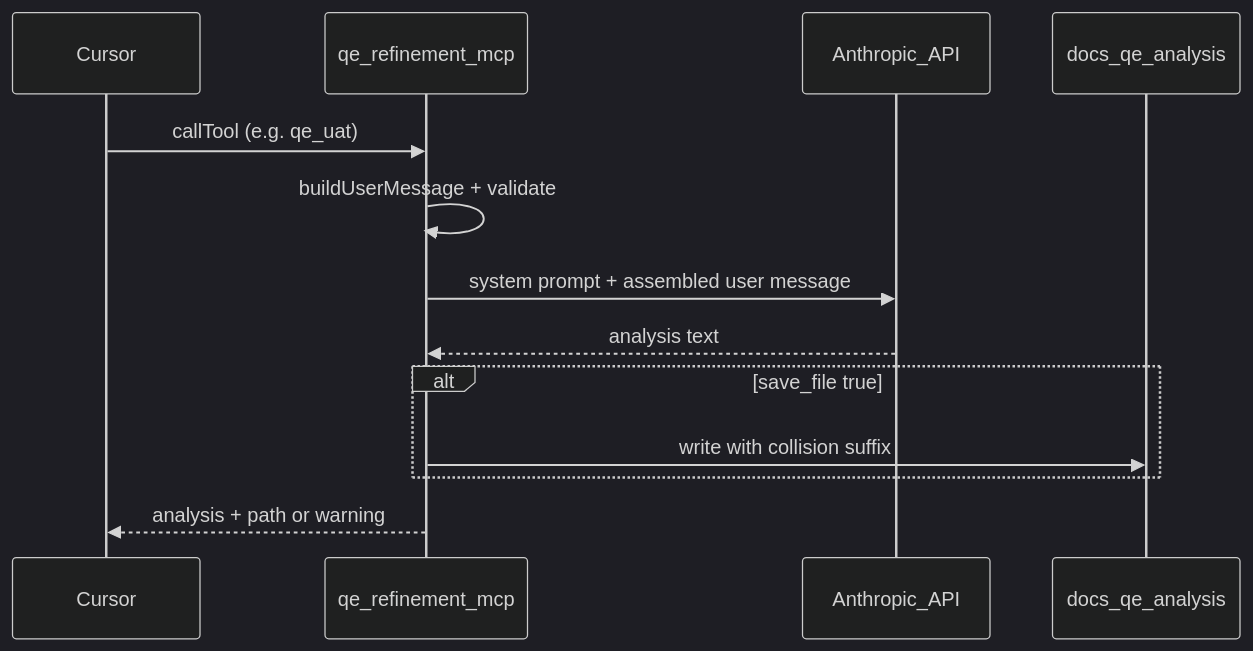
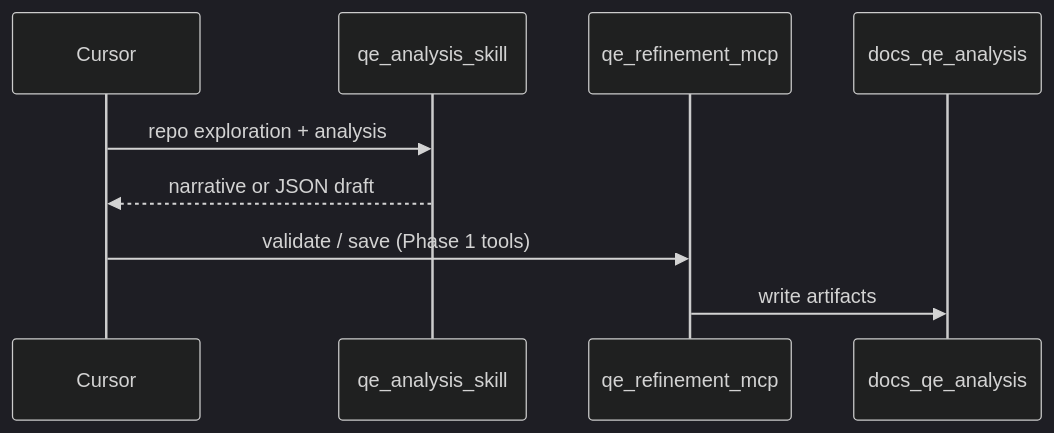
One commit to arjunjh10/qe-craft changed the diagram in README.md. Above: the diagram before and after it, drawn with Mermaid (dark theme). The commit also changed other lines of this file and 7 other files, not shown here.

````diff
--- a/README.md
+++ b/README.md
@@ -15,16 +18,12 @@
 ```mermaid
 sequenceDiagram
   participant Cursor
+  participant Skill as qe_analysis_skill
   participant MCP as qe_refinement_mcp
-  participant Claude as Anthropic_API
   participant FS as docs_qe_analysis
 
-  Cursor->>MCP: callTool (e.g. qe_uat)
-  MCP->>MCP: buildUserMessage + validate
-  MCP->>Claude: system prompt + assembled user message
-  Claude-->>MCP: analysis text
-  alt save_file true
-    MCP->>FS: write with collision suffix
-  end
-  MCP-->>Cursor: analysis + path or warning
+  Cursor->>Skill: repo exploration + analysis
+  Skill-->>Cursor: narrative or JSON draft
+  Cursor->>MCP: validate / save (Phase 1 tools)
+  MCP->>FS: write artifacts
 ```
````
